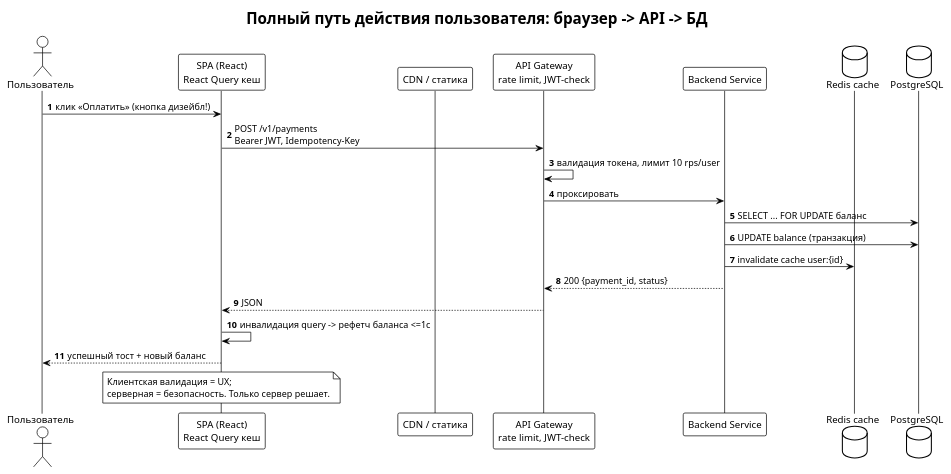
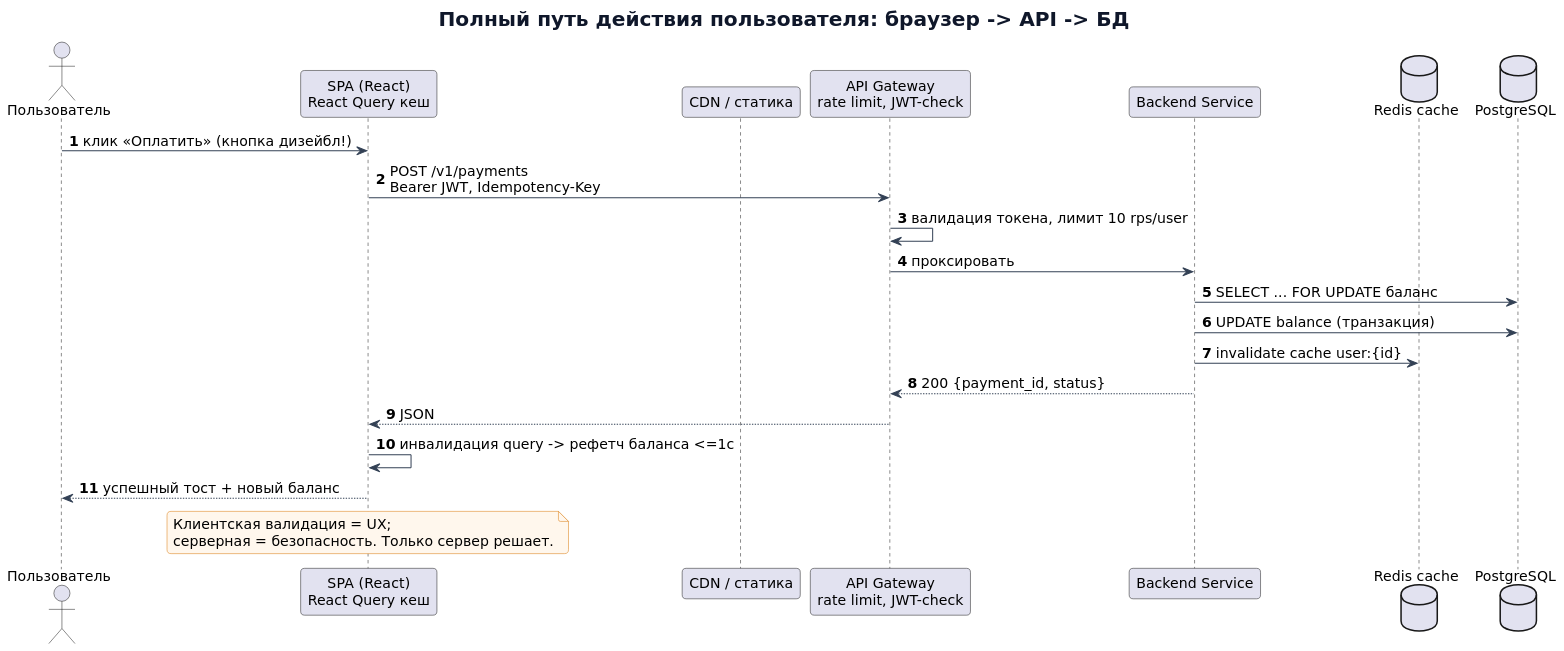
The diagram in puml_fullstack/08_frontend_request.puml (maedodo11/fullstack-system-analyst), drawn with PlantUML before and after one commit. The commit also changed 256 other files, not shown here.

Commit message:
Improve course accuracy, practical examples and diagram validation

```diff
--- a/puml_fullstack/08_frontend_request.puml
+++ b/puml_fullstack/08_frontend_request.puml
@@ -1,26 +1,35 @@
 @startuml 08_webapp_request_flow
-!pragma layout smetana
-!theme plain
+skinparam defaultFontName "DejaVu Sans"
+skinparam defaultFontSize 14
+skinparam backgroundColor #FFFFFF
+skinparam shadowing false
+skinparam roundcorner 8
+skinparam ArrowColor #334155
+skinparam titleFontColor #0F172A
+skinparam titleFontSize 20
+skinparam noteBackgroundColor #FFF7ED
+skinparam noteBorderColor #D97706
+skinparam dpi 140
 title Полный путь действия пользователя: браузер -> API -> БД
 autonumber
 actor "Пользователь" as U
 participant "SPA (React)\nReact Query кеш" as FE
 participant "CDN / статика" as CDN
 participant "API Gateway\nrate limit, JWT-check" as GW
 participant "Backend Service" as BE
 database "Redis cache" as RD
 database "PostgreSQL" as PG
 
 U -> FE : клик «Оплатить» (кнопка дизейбл!)
 FE -> GW : POST /v1/payments\nBearer JWT, Idempotency-Key
 GW -> GW : валидация токена, лимит 10 rps/user
 GW -> BE : проксировать
 BE -> PG : SELECT ... FOR UPDATE баланс
 BE -> PG : UPDATE balance (транзакция)
 BE -> RD : invalidate cache user:{id}
 BE --> GW : 200 {payment_id, status}
 GW --> FE : JSON
 FE -> FE : инвалидация query -> рефетч баланса <=1с
 FE --> U : успешный тост + новый баланс
 note over FE : Клиентская валидация = UX;\nсерверная = безопасность. Только сервер решает.
 @enduml
```
